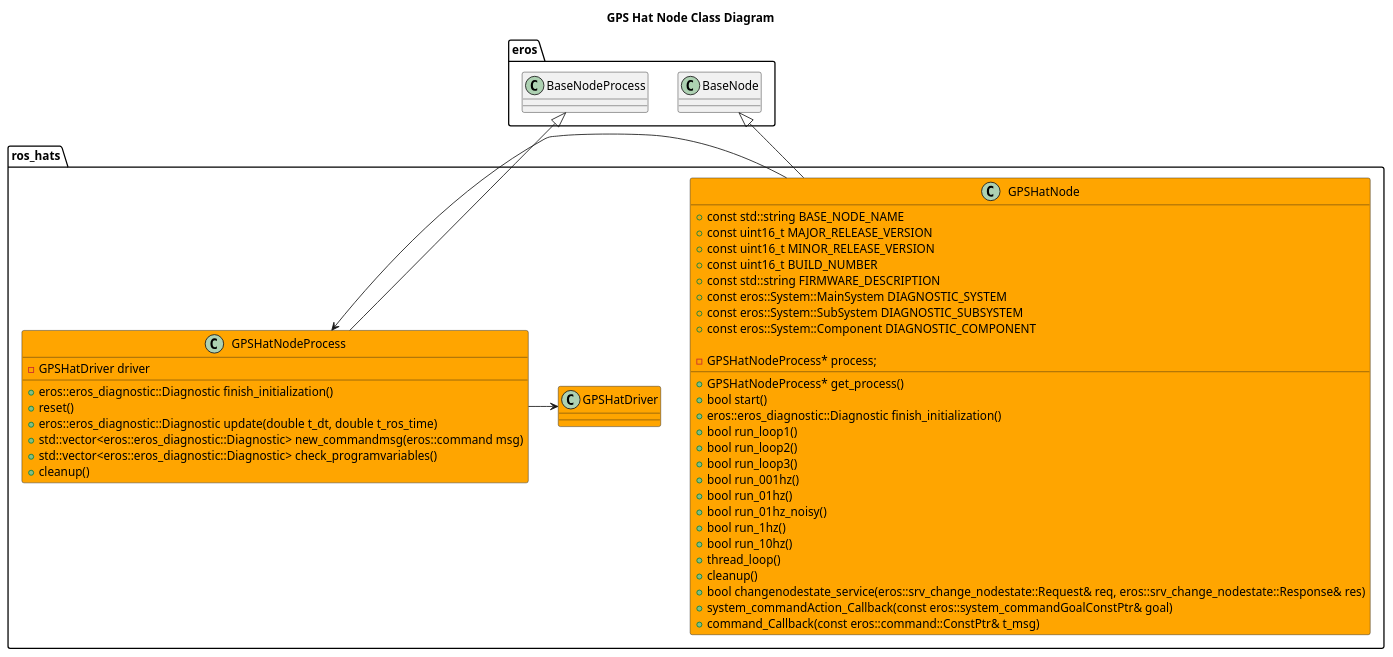
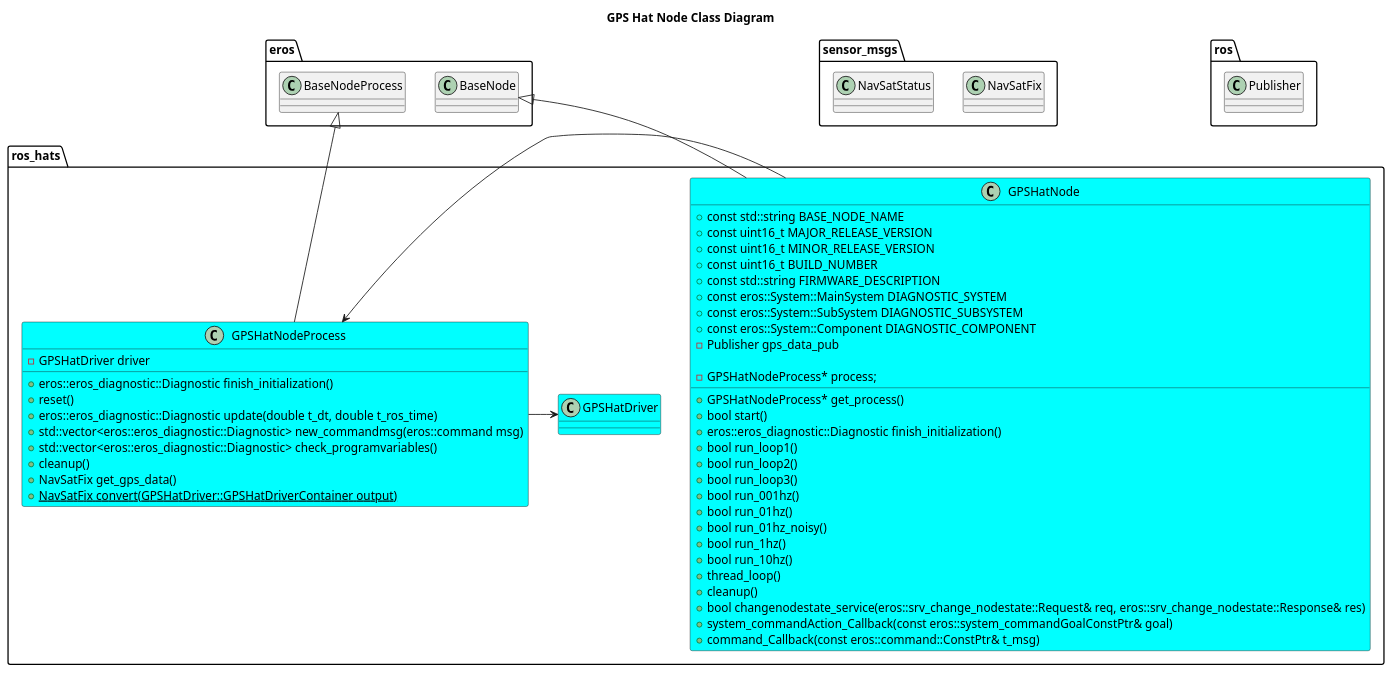
Before and after one commit to dgitz/ros_hats: the diagram in nodes/GPSHatNode/doc/GPSHatNodeClassDiagram.puml, drawn with PlantUML. The commit also changed 62 other files, not shown here.

```diff
--- a/nodes/GPSHatNode/doc/GPSHatNodeClassDiagram.puml
+++ b/nodes/GPSHatNode/doc/GPSHatNodeClassDiagram.puml
@@ -1,55 +1,63 @@
 @startuml
 title GPS Hat Node Class Diagram
-
+package sensor_msgs {
+  class NavSatFix
+  class NavSatStatus
+}
+package ros {
+  class Publisher
+}
 package eros {
   class BaseNode
   class BaseNodeProcess
 }
 
 package ros_hats {
-
-  class GPSHatNode #Orange {
+  class GPSHatNode #Cyan {
       +const std::string BASE_NODE_NAME
       +const uint16_t MAJOR_RELEASE_VERSION
       +const uint16_t MINOR_RELEASE_VERSION
       +const uint16_t BUILD_NUMBER
       +const std::string FIRMWARE_DESCRIPTION
       +const eros::System::MainSystem DIAGNOSTIC_SYSTEM
       +const eros::System::SubSystem DIAGNOSTIC_SUBSYSTEM
       +const eros::System::Component DIAGNOSTIC_COMPONENT
       +GPSHatNodeProcess* get_process()
       +bool start()
       +eros::eros_diagnostic::Diagnostic finish_initialization()
       +bool run_loop1()
       +bool run_loop2()
       +bool run_loop3()
       +bool run_001hz()
       +bool run_01hz()
       +bool run_01hz_noisy()
       +bool run_1hz()
       +bool run_10hz()
       +thread_loop()
       +cleanup()
       +bool changenodestate_service(eros::srv_change_nodestate::Request& req, eros::srv_change_nodestate::Response& res)
       +system_commandAction_Callback(const eros::system_commandGoalConstPtr& goal)
       +command_Callback(const eros::command::ConstPtr& t_msg)
+      -Publisher gps_data_pub
 
       -GPSHatNodeProcess* process;
   }
-  class GPSHatNodeProcess #Orange {
+  class GPSHatNodeProcess #Cyan {
       +eros::eros_diagnostic::Diagnostic finish_initialization()
       +reset()
       +eros::eros_diagnostic::Diagnostic update(double t_dt, double t_ros_time)
       +std::vector<eros::eros_diagnostic::Diagnostic> new_commandmsg(eros::command msg)
       +std::vector<eros::eros_diagnostic::Diagnostic> check_programvariables()
       +cleanup()
+      +NavSatFix get_gps_data()
+      +{static} NavSatFix convert(GPSHatDriver::GPSHatDriverContainer output)
       -GPSHatDriver driver
 
   }
-  class GPSHatDriver #Orange 
+  class GPSHatDriver #Cyan 
   BaseNode <|-- GPSHatNode
   BaseNodeProcess <|-- GPSHatNodeProcess
   GPSHatNode -> GPSHatNodeProcess
   GPSHatNodeProcess -> GPSHatDriver
 }
 @enduml
```
